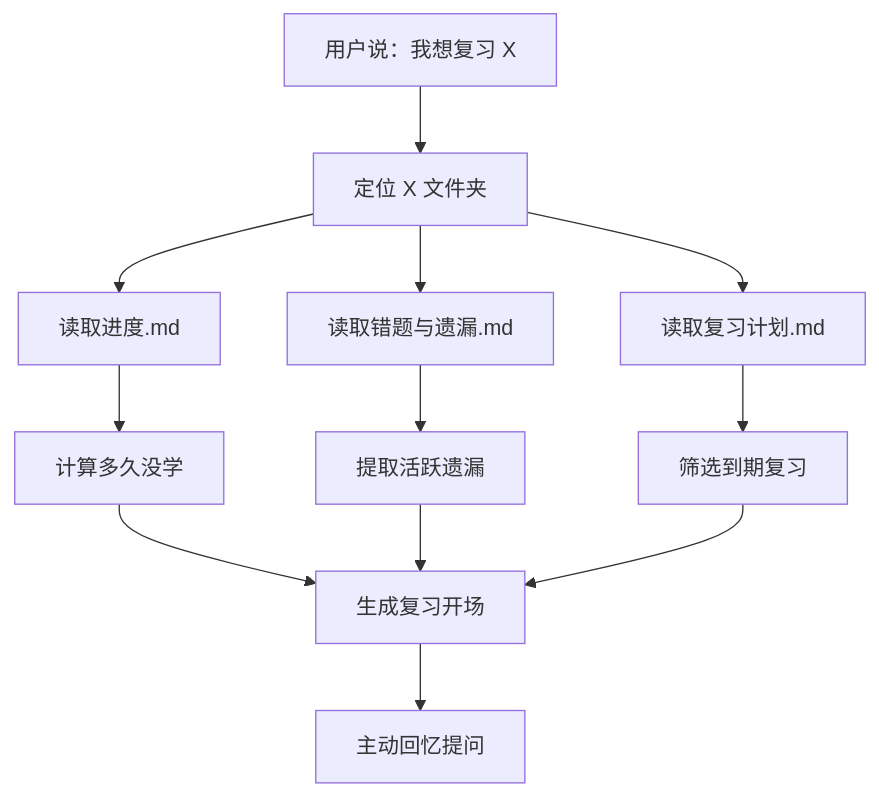
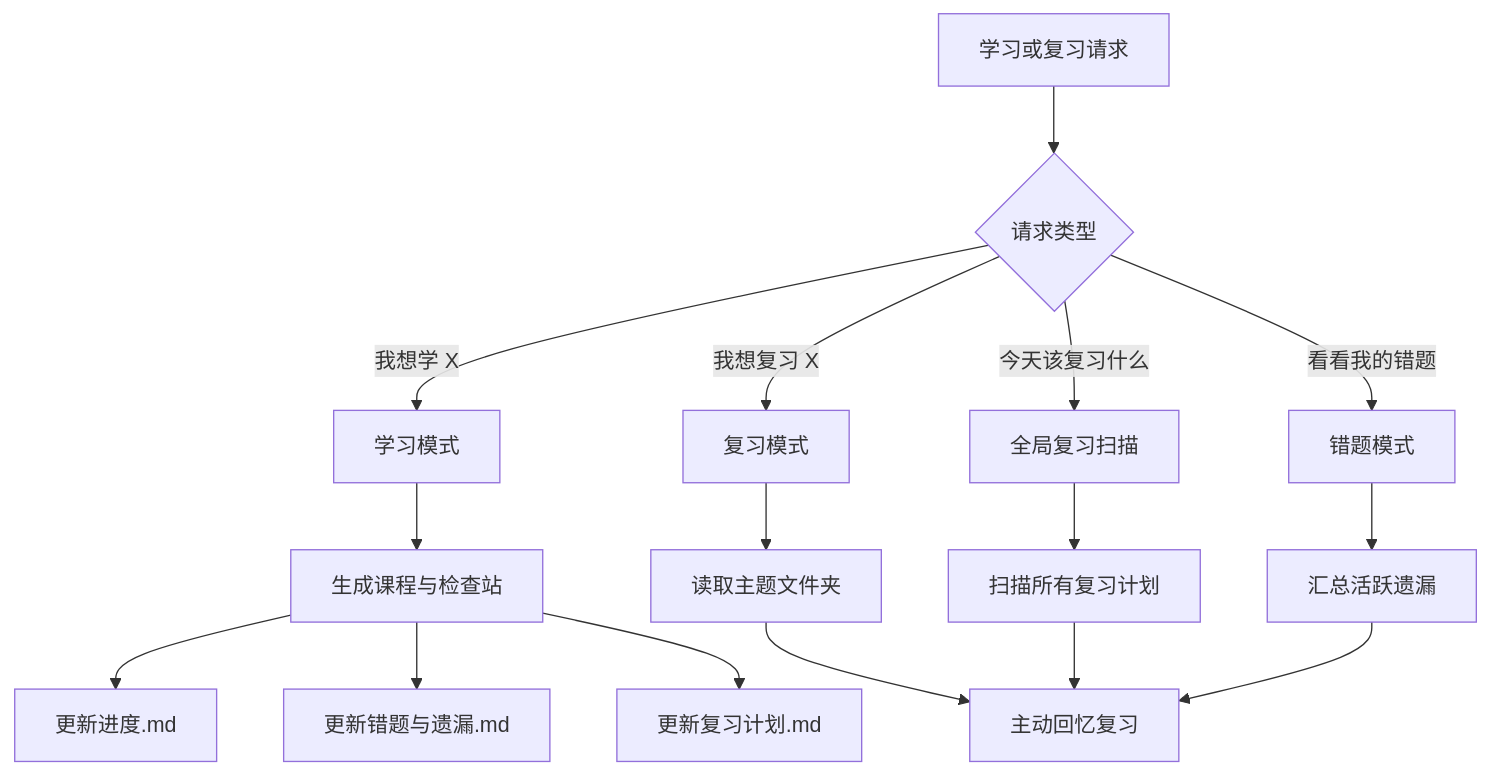
One commit to zifengyuan6-star/xuexi-learning-skill changed the second of 2 diagrams in README.md. Above: the diagram before and after it, drawn with Mermaid. The commit also changed other lines of this file, not shown here.

````diff
--- a/README.md
+++ b/README.md
@@ -52,14 +74,18 @@
 ```mermaid
 flowchart TD
-    A[用户说：我想复习 X] --> B[定位 X 文件夹]
-    B --> C[读取进度.md]
-    B --> D[读取错题与遗漏.md]
-    B --> E[读取复习计划.md]
-    C --> F[计算多久没学]
-    D --> G[提取活跃遗漏]
-    E --> H[筛选到期复习]
-    F --> I[生成复习开场]
-    G --> I
-    H --> I
-    I --> J[主动回忆提问]
+    A[学习或复习请求] --> B{请求类型}
+    B -->|我想学 X| C[学习模式]
+    B -->|我想复习 X| D[复习模式]
+    B -->|今天该复习什么| E[全局复习扫描]
+    B -->|看看我的错题| F[错题模式]
+    C --> G[生成课程与检查站]
+    G --> H[更新进度.md]
+    G --> I[更新错题与遗漏.md]
+    G --> J[更新复习计划.md]
+    D --> K[读取主题文件夹]
+    E --> L[扫描所有复习计划]
+    F --> M[汇总活跃遗漏]
+    K --> N[主动回忆复习]
+    L --> N
+    M --> N
 ```
````
